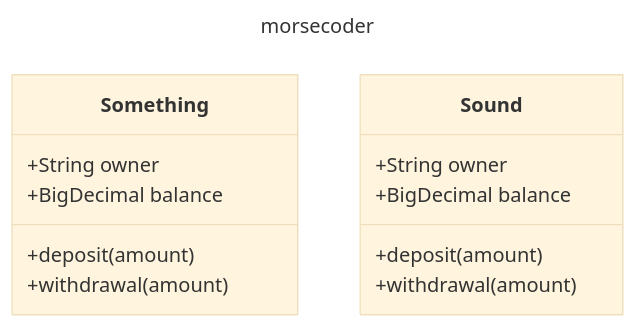
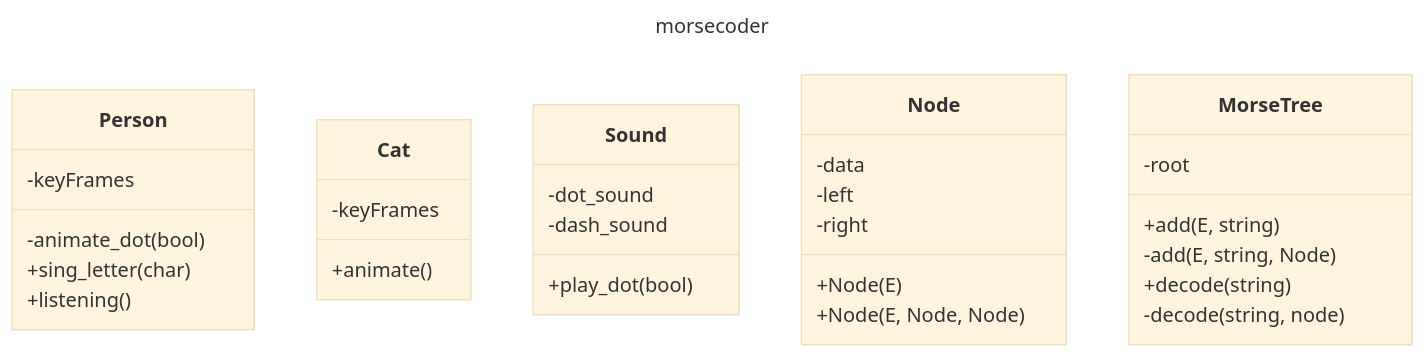
One commit to shinysocks/morsecoder changed the first of 2 diagrams in README.md. Above: the diagram before and after it, drawn with Mermaid (base theme). The commit also changed other lines of this file and 2 other files, not shown here.

Commit message:
complete flow and start uml

````diff
--- a/README.md
+++ b/README.md
@@ -2,20 +2,40 @@
 ```mermaid
 ---
 title: morsecoder
 ---
 classDiagram
 
-class Something {
-    +String owner
-    +BigDecimal balance
-    +deposit(amount)
-    +withdrawal(amount)
+class Person {
+    -keyFrames
+    -animate_dot(bool)
+    +sing_letter(char)
+    +listening()
+}
+
+class Cat {
+    -keyFrames
+    +animate()
 }
 
 class Sound {
-    +String owner
-    +BigDecimal balance
-    +deposit(amount)
-    +withdrawal(amount)
+    -dot_sound
+    -dash_sound
+    +play_dot(bool)
+}
+
+class Node {
+    -data
+    -left
+    -right
+    +Node(E)
+    +Node(E, Node, Node)
+}
+
+class MorseTree {
+    -root
+    +add(E, string)
+    -add(E, string, Node)
+    +decode(string)
+    -decode(string, node)
 }
 ```
````
